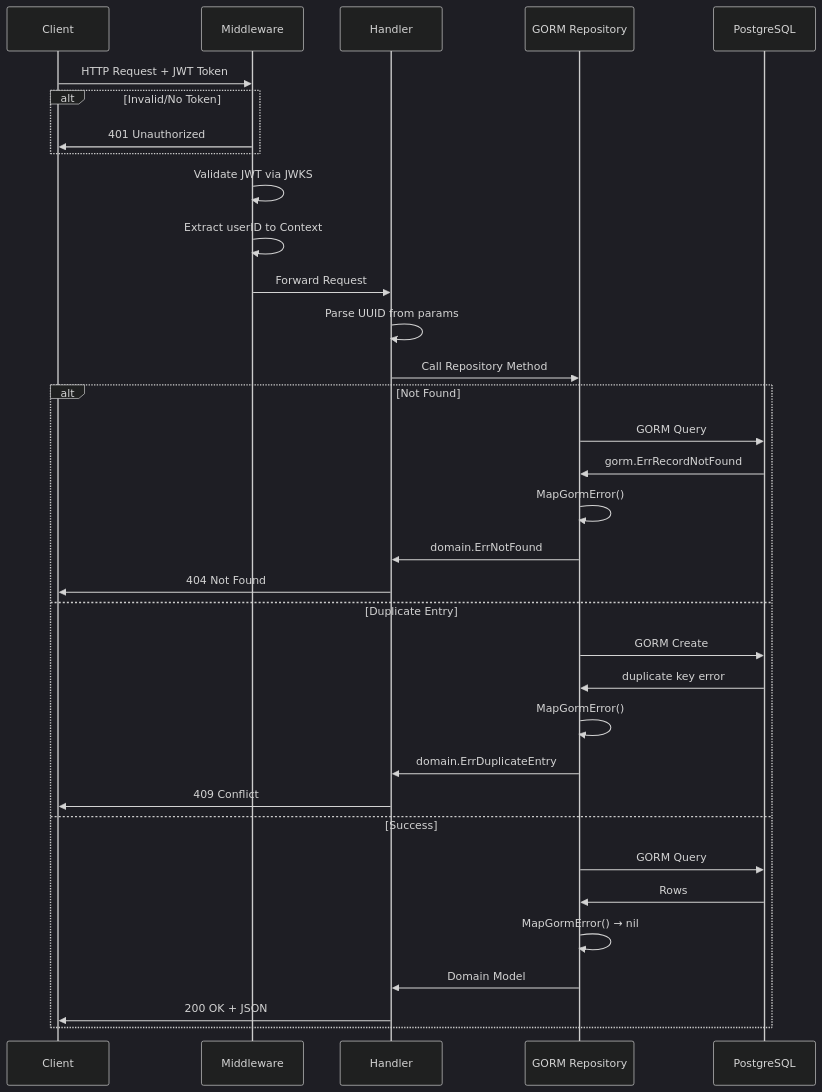
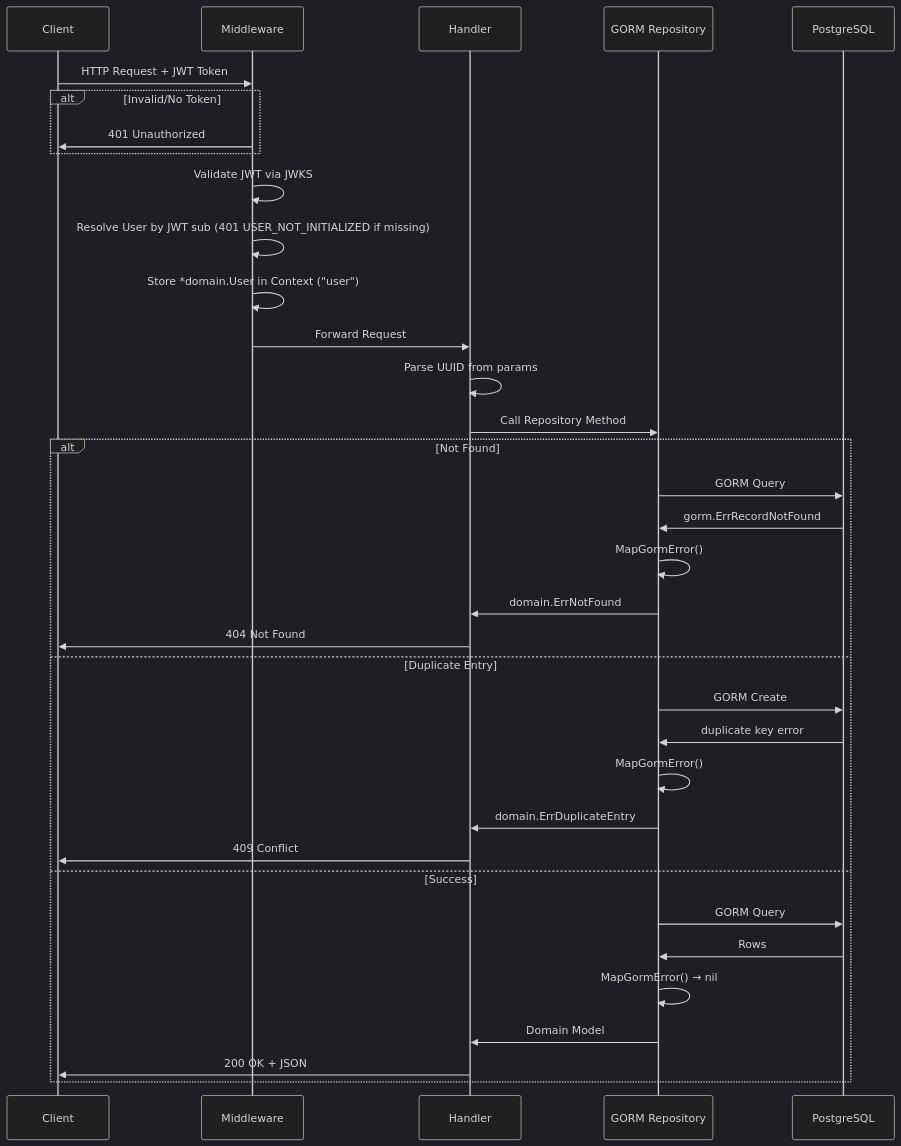
Before and after one commit to sessatakuma/jpcorrect-backend: the third of 5 diagrams in docs/archecture.md, drawn with Mermaid (dark theme). The commit also changed 4 other files, not shown here.

````diff
--- a/docs/archecture.md
+++ b/docs/archecture.md
@@ -181,41 +181,42 @@
 ```mermaid
 sequenceDiagram
     participant C as Client
     participant M as Middleware
     participant H as Handler
     participant R as GORM Repository
     participant DB as PostgreSQL
 
     C->>M: HTTP Request + JWT Token
     
     alt Invalid/No Token
         M->>C: 401 Unauthorized
     end
     
     M->>M: Validate JWT via JWKS
-    M->>M: Extract userID to Context
+    M->>M: Resolve User by JWT sub (401 USER_NOT_INITIALIZED if missing)
+    M->>M: Store *domain.User in Context ("user")
     M->>H: Forward Request
     
     H->>H: Parse UUID from params
     H->>R: Call Repository Method
     
     alt Not Found
         R->>DB: GORM Query
         DB->>R: gorm.ErrRecordNotFound
         R->>R: MapGormError()
         R->>H: domain.ErrNotFound
         H->>C: 404 Not Found
     else Duplicate Entry
         R->>DB: GORM Create
         DB->>R: duplicate key error
         R->>R: MapGormError()
         R->>H: domain.ErrDuplicateEntry
         H->>C: 409 Conflict
     else Success
         R->>DB: GORM Query
         DB->>R: Rows
         R->>R: MapGormError() → nil
         R->>H: Domain Model
         H->>C: 200 OK + JSON
     end
 ```
````
